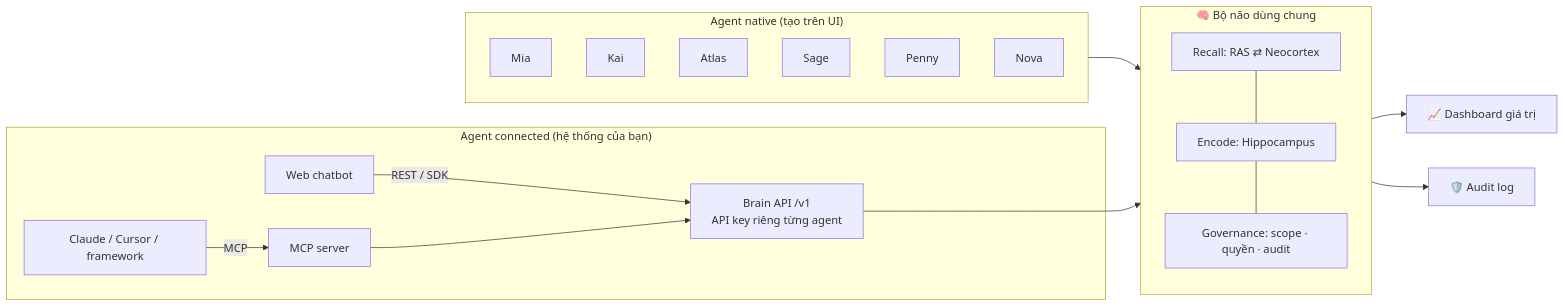
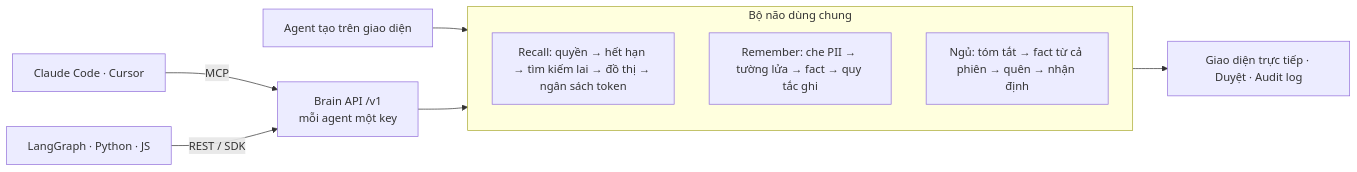
One commit to leluong141996-dev/Agent-Brain-Hub changed the diagram in README.vi.md. Above: the diagram before and after it, drawn with Mermaid. The commit also changed other lines of this file and 7 other files, not shown here.

````diff
--- a/README.vi.md
+++ b/README.vi.md
@@ -94,17 +107,14 @@
 ```mermaid
 flowchart LR
-  subgraph Native["Agent native (tạo trên UI)"]
-    M[Mia] & K[Kai] & A[Atlas] & S[Sage] & P[Penny] & N[Nova]
+  A[Claude Code · Cursor] -->|MCP| API
+  B[LangGraph · Python · JS] -->|REST / SDK| API
+  C[Agent tạo trên giao diện] --> BRAIN
+  API["Brain API /v1<br/>mỗi agent một key"] --> BRAIN
+  subgraph BRAIN["Bộ não dùng chung"]
+    direction TB
+    R[Recall: quyền → hết hạn → tìm kiếm lai → đồ thị → ngân sách token]
+    E[Remember: che PII → tường lửa → fact → quy tắc ghi]
+    S[Ngủ: tóm tắt → fact từ cả phiên → quên → nhận định]
   end
-  subgraph Connected["Agent connected (hệ thống của bạn)"]
-    W[Web chatbot] -->|REST / SDK| API
-    C[Claude / Cursor / framework] -->|MCP| MCP[MCP server] --> API
-  end
-  Native --> BRAIN
-  API["Brain API /v1<br/>API key riêng từng agent"] --> BRAIN
-  subgraph BRAIN["🧠 Bộ não dùng chung"]
-    direction TB
-    R[Recall: RAS ⇄ Neocortex] --- E[Encode: Hippocampus] --- G[Governance: scope · quyền · audit]
-  end
-  BRAIN --> V[📈 Dashboard giá trị] & AU[🛡️ Audit log]
+  BRAIN --> U[Giao diện trực tiếp · Duyệt · Audit log]
 ```
````
